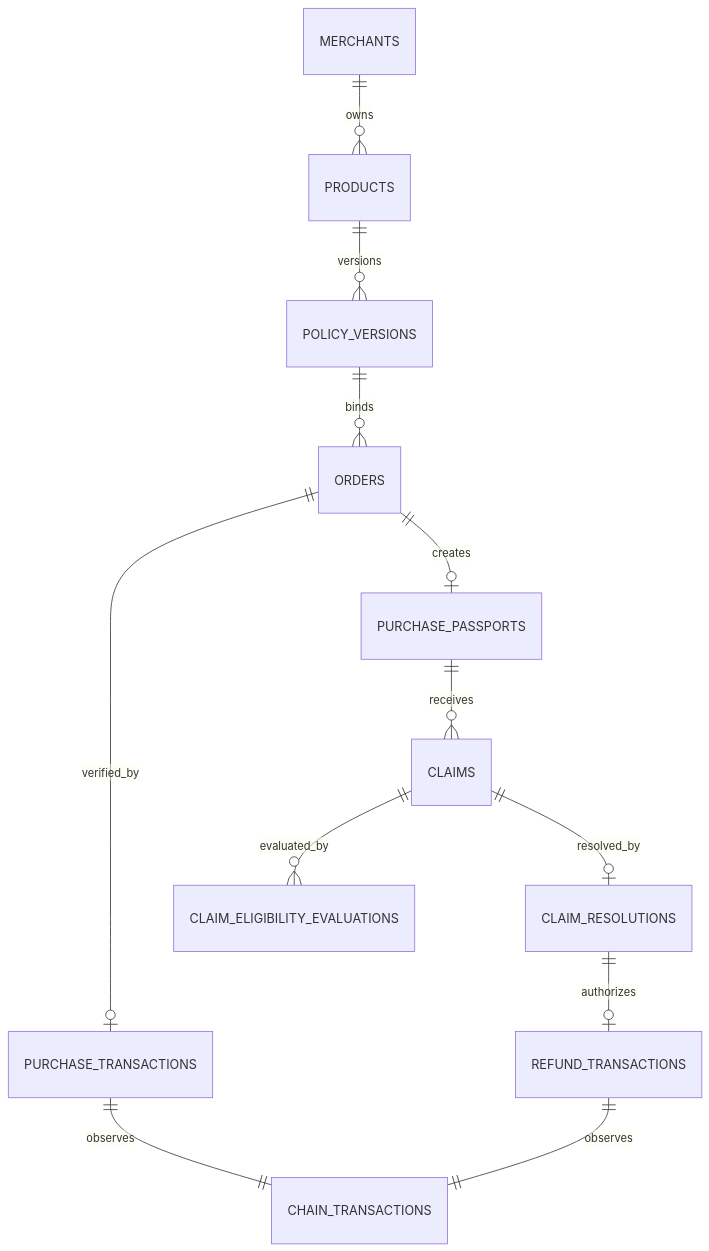
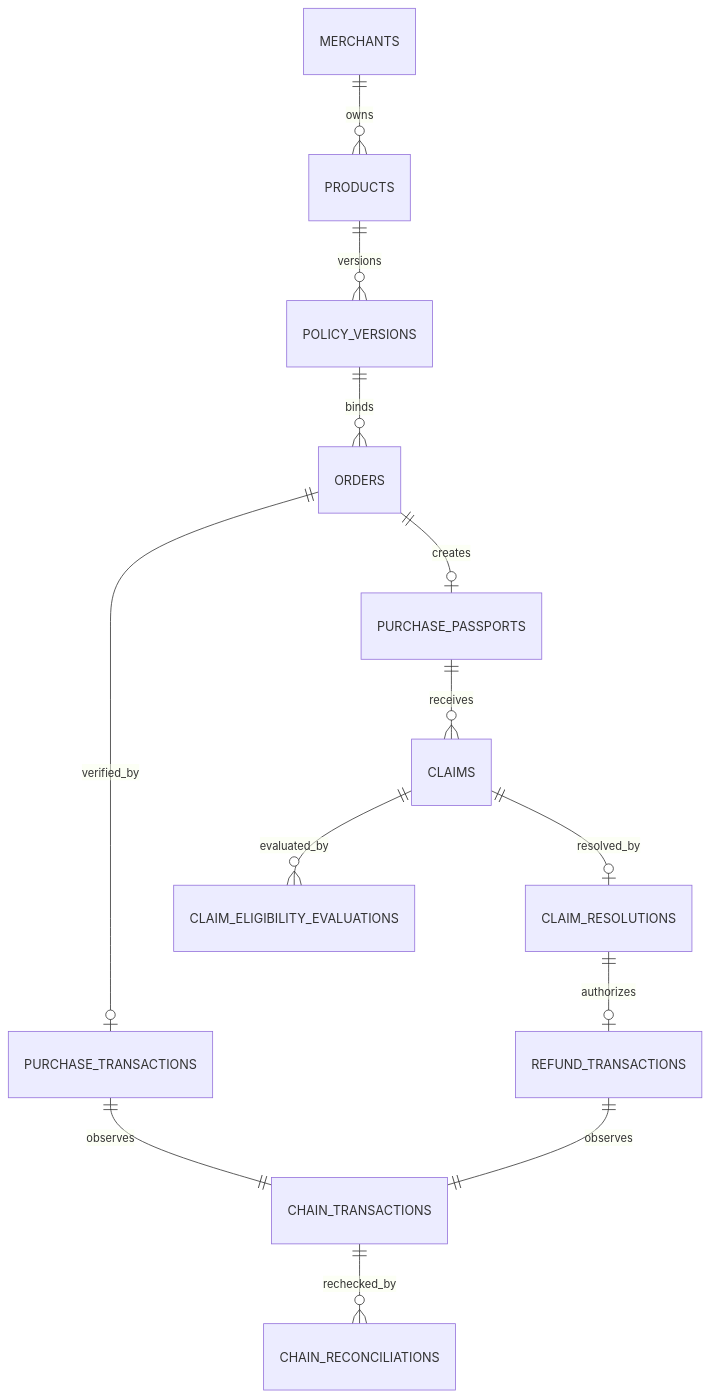
One commit to shreshth006/NimReturn changed the diagram in DATA_MODEL.md. Above: the diagram before and after it, drawn with Mermaid. The commit also changed other lines of this file and 11 other files, not shown here.

````diff
--- a/DATA_MODEL.md
+++ b/DATA_MODEL.md
@@ -165,14 +173,15 @@
 ```mermaid
 erDiagram
     MERCHANTS ||--o{ PRODUCTS : owns
     PRODUCTS ||--o{ POLICY_VERSIONS : versions
     POLICY_VERSIONS ||--o{ ORDERS : binds
     ORDERS ||--o| PURCHASE_TRANSACTIONS : verified_by
     PURCHASE_TRANSACTIONS ||--|| CHAIN_TRANSACTIONS : observes
+    CHAIN_TRANSACTIONS ||--o{ CHAIN_RECONCILIATIONS : rechecked_by
     ORDERS ||--o| PURCHASE_PASSPORTS : creates
     PURCHASE_PASSPORTS ||--o{ CLAIMS : receives
     CLAIMS ||--o{ CLAIM_ELIGIBILITY_EVALUATIONS : evaluated_by
     CLAIMS ||--o| CLAIM_RESOLUTIONS : resolved_by
     CLAIM_RESOLUTIONS ||--o| REFUND_TRANSACTIONS : authorizes
     REFUND_TRANSACTIONS ||--|| CHAIN_TRANSACTIONS : observes
 ```
````
